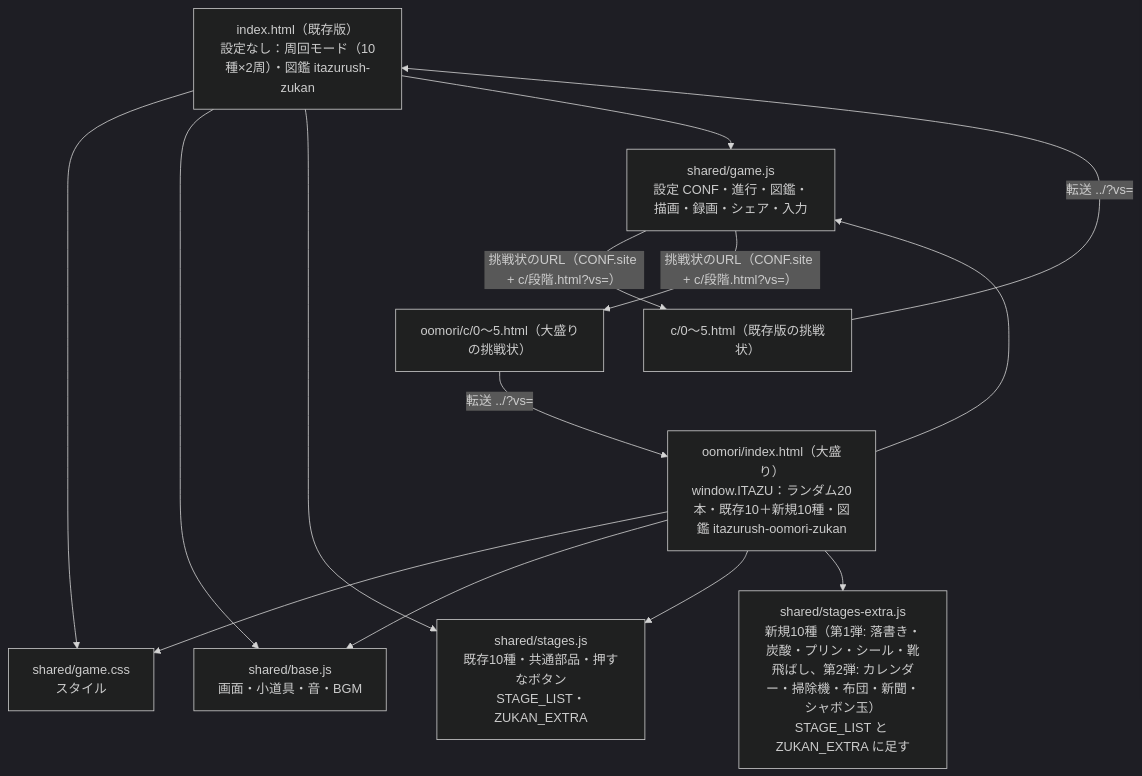
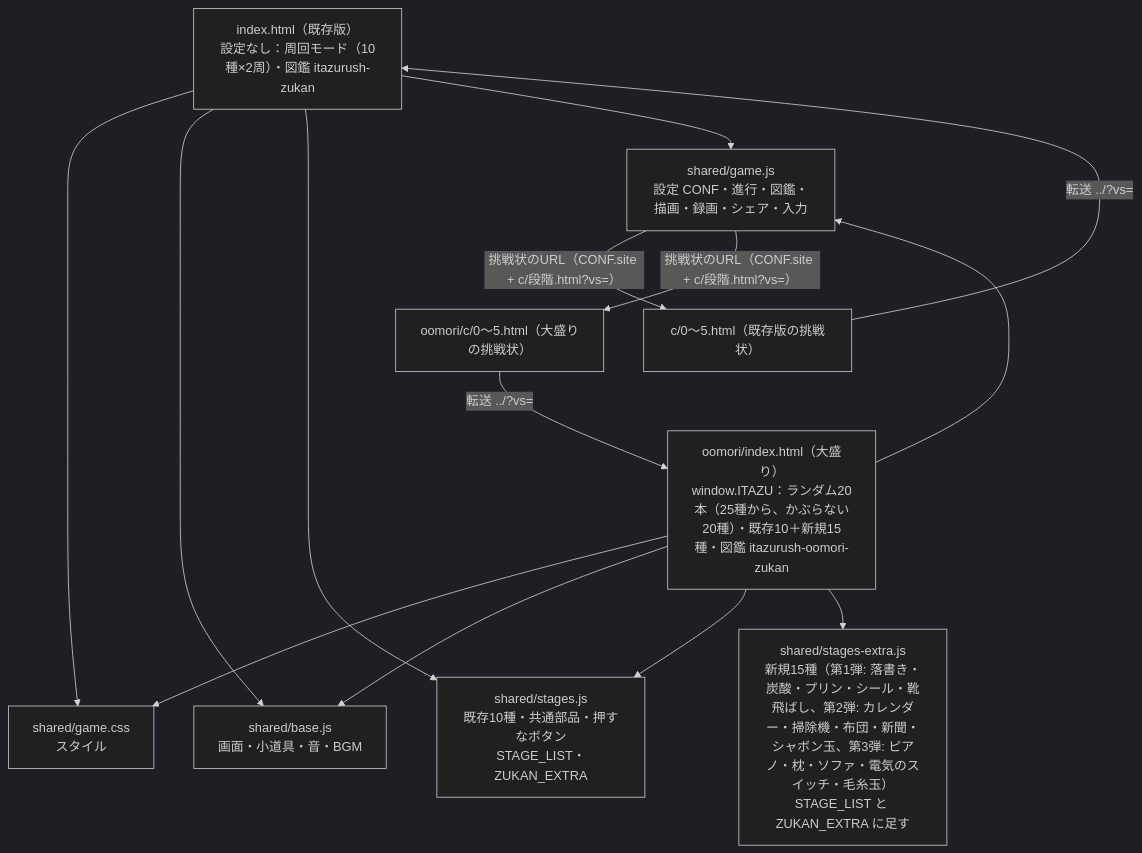
One commit to sakuichi/itazu-rush changed the first of 2 diagrams in docs/architecture.md. Above: the diagram before and after it, drawn with Mermaid (dark theme). The commit also changed 9 other files, not shown here.

First line of the commit message:
大盛り！第3弾：ピアノ・枕・ソファ・電気のスイッチ・毛糸玉を追加（全25種）

````diff
--- a/docs/architecture.md
+++ b/docs/architecture.md
@@ -10,17 +10,17 @@
 ```mermaid
 flowchart TD
   P1["index.html（既存版）<br>設定なし：周回モード（10種×2周）・図鑑 itazurush-zukan"]
-  P2["oomori/index.html（大盛り）<br>window.ITAZU：ランダム20本・既存10＋新規10種・図鑑 itazurush-oomori-zukan"]
+  P2["oomori/index.html（大盛り）<br>window.ITAZU：ランダム20本（25種から、かぶらない20種）・既存10＋新規15種・図鑑 itazurush-oomori-zukan"]
   CSS["shared/game.css<br>スタイル"]
   BASE["shared/base.js<br>画面・小道具・音・BGM"]
   ST["shared/stages.js<br>既存10種・共通部品・押すなボタン<br>STAGE_LIST・ZUKAN_EXTRA"]
-  EX["shared/stages-extra.js<br>新規10種（第1弾: 落書き・炭酸・プリン・シール・靴飛ばし、第2弾: カレンダー・掃除機・布団・新聞・シャボン玉）<br>STAGE_LIST と ZUKAN_EXTRA に足す"]
+  EX["shared/stages-extra.js<br>新規15種（第1弾: 落書き・炭酸・プリン・シール・靴飛ばし、第2弾: カレンダー・掃除機・布団・新聞・シャボン玉、第3弾: ピアノ・枕・ソファ・電気のスイッチ・毛糸玉）<br>STAGE_LIST と ZUKAN_EXTRA に足す"]
   GAME["shared/game.js<br>設定 CONF・進行・図鑑・描画・録画・シェア・入力"]
   CH1["c/0〜5.html（既存版の挑戦状）"]
   CH2["oomori/c/0〜5.html（大盛りの挑戦状）"]
   P1 --> CSS & BASE & ST & GAME
   P2 --> CSS & BASE & ST & EX & GAME
   GAME -- "挑戦状のURL（CONF.site + c/段階.html?vs=）" --> CH1 & CH2
   CH1 -- "転送 ../?vs=" --> P1
   CH2 -- "転送 ../?vs=" --> P2
 ```
````
